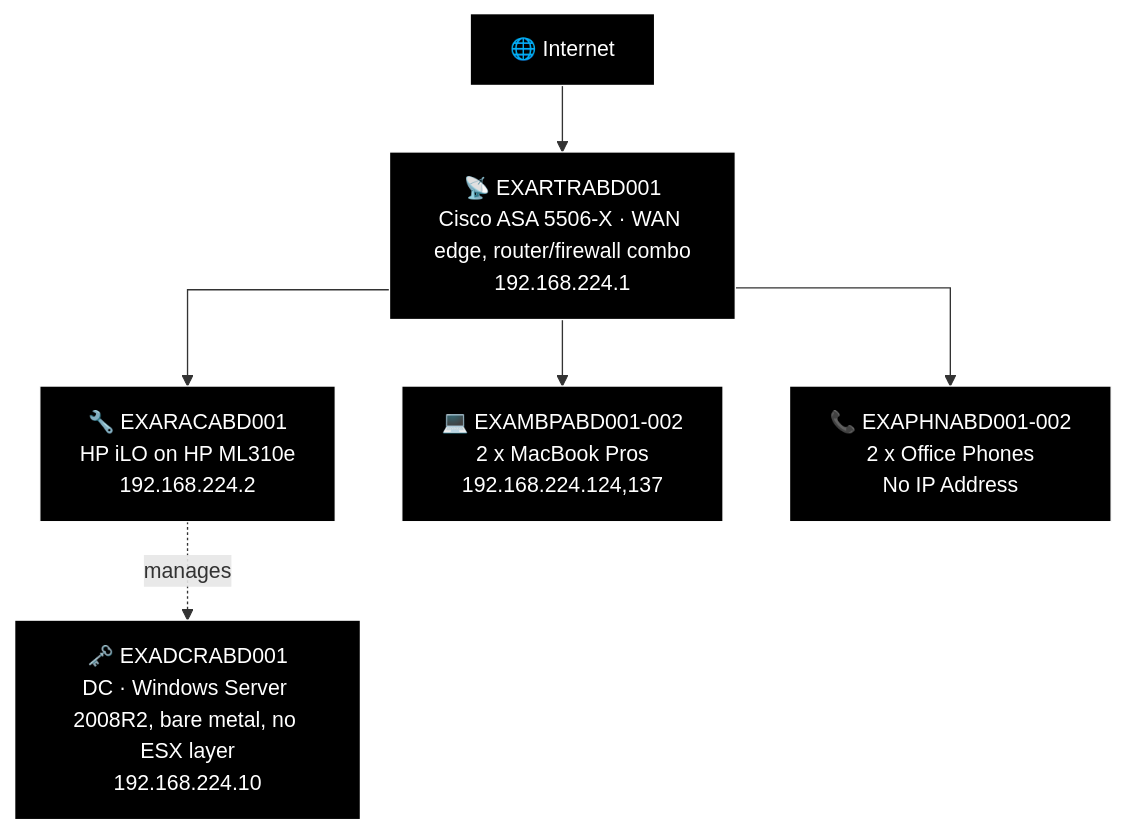
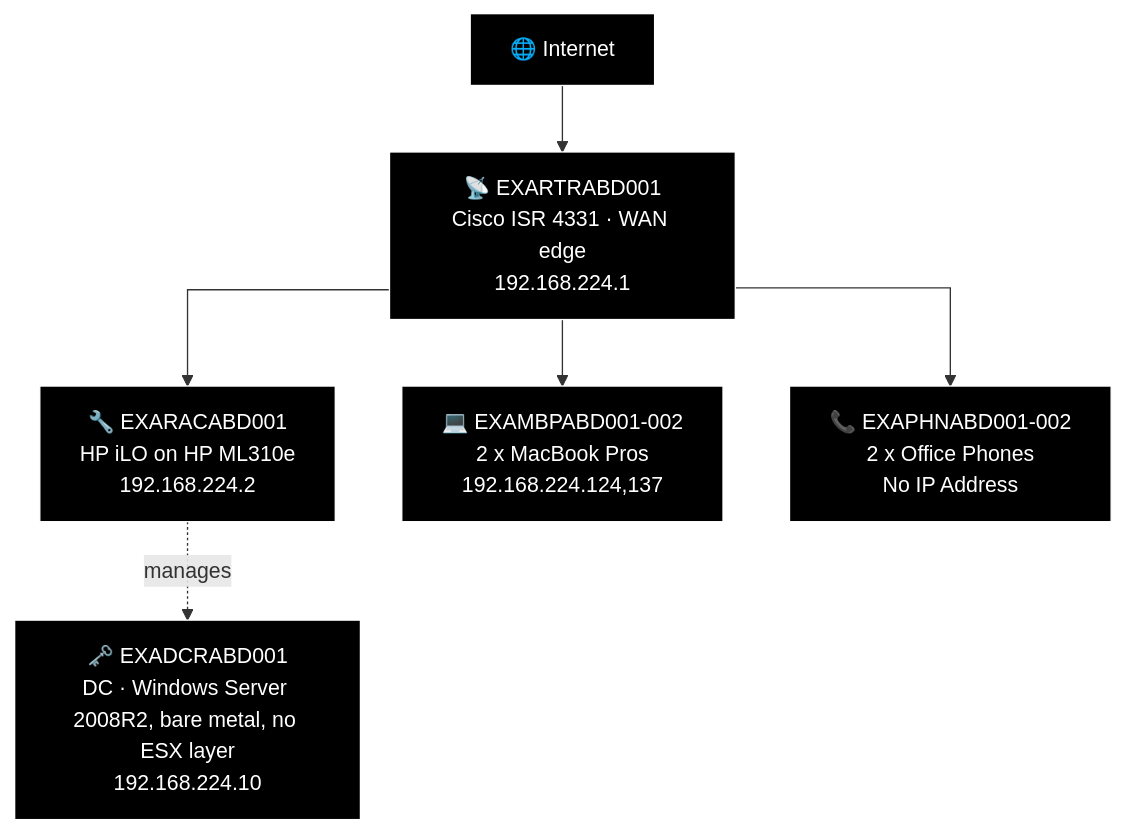
Before and after one commit to knightmare2600/example_music_infra: diagram 19 of 21 in docs/network-diagram/scotland.md, drawn with Mermaid. The commit also changed other lines of this file and 19 other files, not shown here.

````diff
--- a/docs/network-diagram/scotland.md
+++ b/docs/network-diagram/scotland.md
@@ -1092,24 +1092,24 @@
 ```mermaid
 %% GENERATED:OLDNETWORK:ABD:START
 %%{init: {'flowchart': {'curve': 'stepAfter'}}}%%
 graph TD
     O_INET["🌐 Internet"]
-    O_RTR["📡 EXARTRABD001<br/>Cisco ASA 5506-X · WAN edge, router/firewall combo<br/>192.168.224.1"]
+    O_RTR["📡 EXARTRABD001<br/>Cisco ISR 4331 · WAN edge<br/>192.168.224.1"]
     O_DCR["🗝️ EXADCRABD001<br/>DC · Windows Server 2008R2, bare metal, no ESX layer<br/>192.168.224.10"]
     O_RAC["🔧 EXARACABD001<br/>HP iLO on HP ML310e<br/>192.168.224.2"]
     O_MBP["💻 EXAMBPABD001-002<br/>2 x MacBook Pros<br/>192.168.224.124,137"]
     O_PHN["📞 EXAPHNABD001-002<br/>2 x Office Phones<br/>No IP Address"]
     O_INET --> O_RTR
     O_RTR --> O_RAC
     O_RAC -.->|"manages"| O_DCR
     O_RTR --> O_MBP
     O_RTR --> O_PHN
 
     style O_INET fill:#000000,stroke:#FFFFFF,color:#FFFFFF
     style O_RTR fill:#000000,stroke:#FFFFFF,color:#FFFFFF
     style O_DCR fill:#000000,stroke:#FFFFFF,color:#FFFFFF
     style O_RAC fill:#000000,stroke:#FFFFFF,color:#FFFFFF
     style O_MBP fill:#000000,stroke:#FFFFFF,color:#FFFFFF
     style O_PHN fill:#000000,stroke:#FFFFFF,color:#FFFFFF
 %% GENERATED:OLDNETWORK:ABD:END
 ```
````
